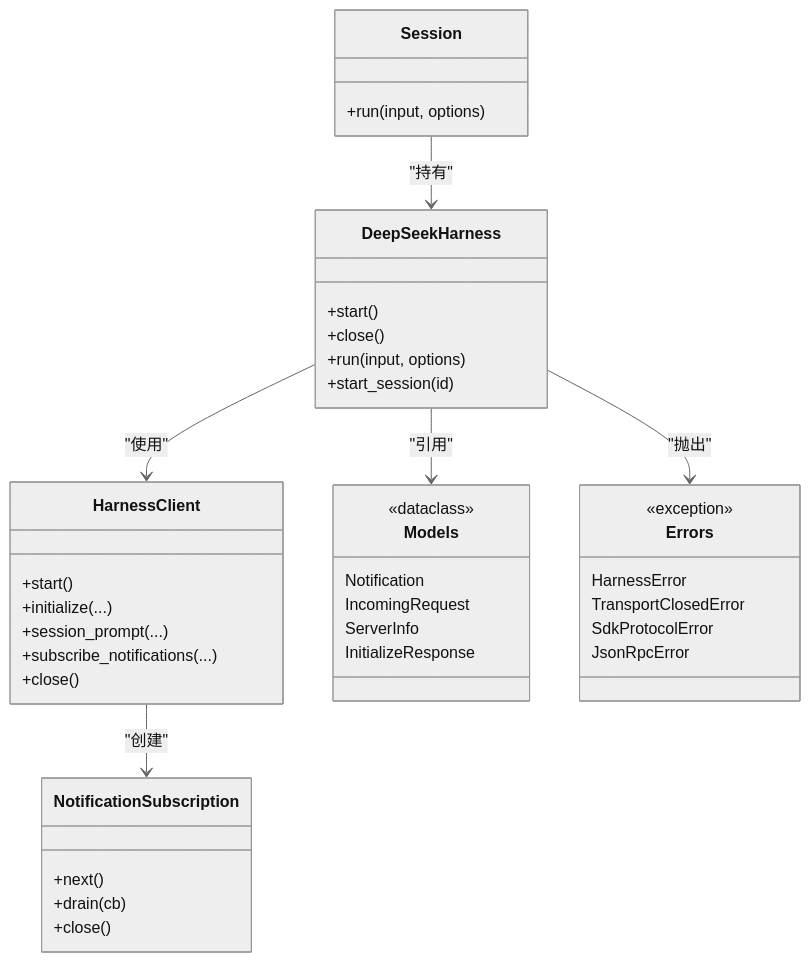
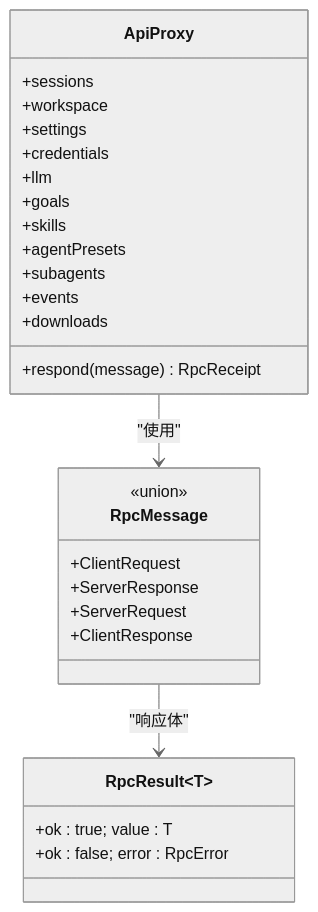
One commit to gongzili456/deepseek-harness changed the third of 7 diagrams in .qoder/repowiki/zh/content/API 参考/API 参考.md. Above: the diagram before and after it, drawn with Mermaid (neutral theme). The commit also changed other lines of this file and 1001 other files, not shown here.

````diff
--- a/.qoder/repowiki/zh/content/API 参考/API 参考.md
+++ b/.qoder/repowiki/zh/content/API 参考/API 参考.md
@@ -273,43 +129,30 @@
 ```mermaid
 classDiagram
-class DeepSeekHarness {
-+start()
-+close()
-+run(input, options)
-+start_session(id)
+class ApiProxy {
++sessions
++workspace
++settings
++credentials
++llm
++goals
++skills
++agentPresets
++subagents
++events
++downloads
++respond(message) RpcReceipt
 }
-class Session {
-+run(input, options)
+class RpcMessage {
+<<union>>
++ClientRequest
++ServerResponse
++ServerRequest
++ClientResponse
 }
-class HarnessClient {
-+start()
-+initialize(...)
-+session_prompt(...)
-+subscribe_notifications(...)
-+close()
+class RpcResult~T~ {
++ok : true; value : T
++ok : false; error : RpcError
 }
-class NotificationSubscription {
-+next()
-+drain(cb)
-+close()
-}
-class Models {
-<<dataclass>>
-Notification
-IncomingRequest
-ServerInfo
-InitializeResponse
-}
-class Errors {
-<<exception>>
-HarnessError
-TransportClosedError
-SdkProtocolError
-JsonRpcError
-}
-DeepSeekHarness --> HarnessClient : "使用"
-Session --> DeepSeekHarness : "持有"
-HarnessClient --> NotificationSubscription : "创建"
-DeepSeekHarness --> Models : "引用"
-DeepSeekHarness --> Errors : "抛出"
+ApiProxy --> RpcMessage : "使用"
+RpcMessage --> RpcResult : "响应体"
 ```
````
